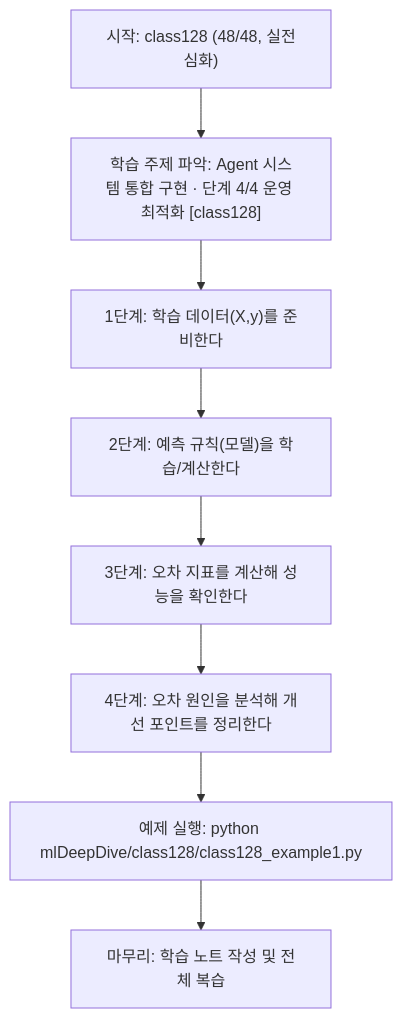
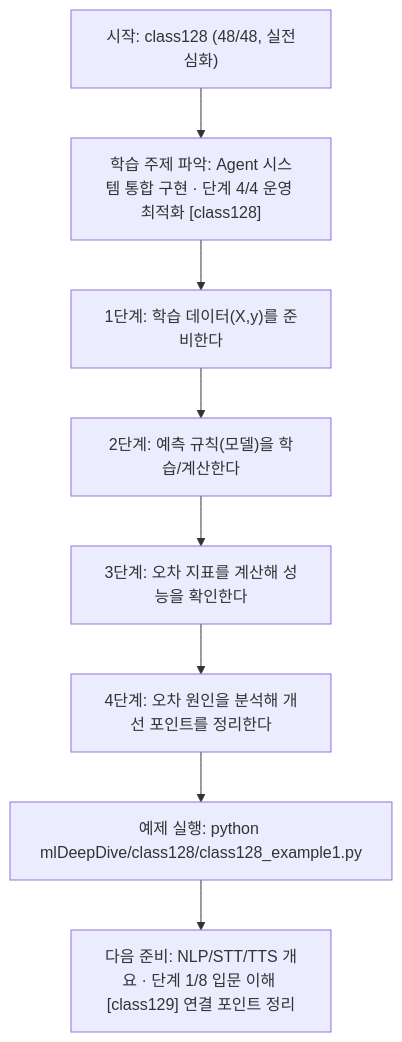
Before and after one commit to edumgt/Python-AI_Agent-Class: the diagram in mlDeepDive/class128/class128.md, drawn with Mermaid. The commit also changed other lines of this file and 1409 other files, not shown here.

````diff
--- a/mlDeepDive/class128/class128.md
+++ b/mlDeepDive/class128/class128.md
@@ -91,18 +89,18 @@
 ```mermaid
 flowchart TD
 N1["시작: class128 (48/48, 실전심화)"]
 N2["학습 주제 파악: Agent 시스템 통합 구현 · 단계 4/4 운영 최적화 [class128]"]
 N3["1단계: 학습 데이터(X,y)를 준비한다"]
 N4["2단계: 예측 규칙(모델)을 학습/계산한다"]
 N5["3단계: 오차 지표를 계산해 성능을 확인한다"]
 N6["4단계: 오차 원인을 분석해 개선 포인트를 정리한다"]
 N7["예제 실행: python mlDeepDive/class128/class128_example1.py"]
-N8["마무리: 학습 노트 작성 및 전체 복습"]
+N8["다음 준비: NLP/STT/TTS 개요 · 단계 1/8 입문 이해 [class129] 연결 포인트 정리"]
 N1 --> N2
 N2 --> N3
 N3 --> N4
 N4 --> N5
 N5 --> N6
 N6 --> N7
 N7 --> N8
 ```
````
